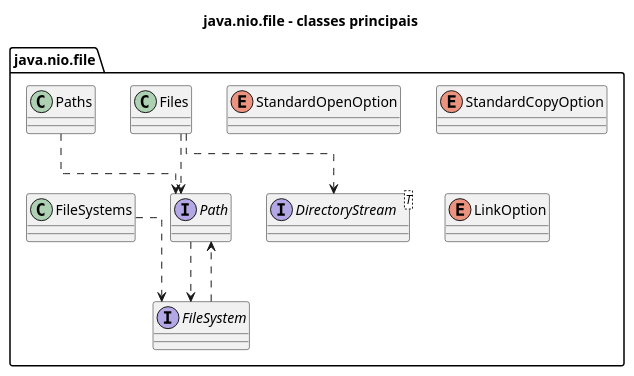
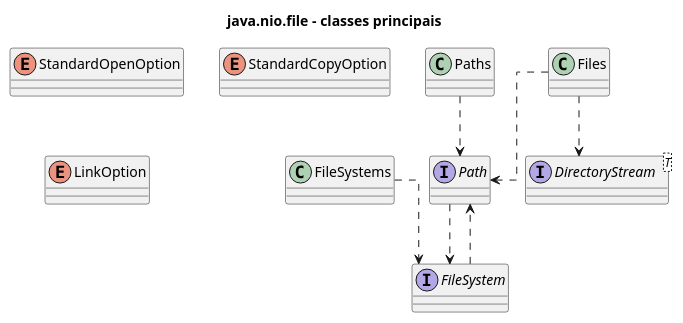
The diagram in subjects/poo/code/12-file-classes-java.nio.puml (fabriciosantana/idp-marp-slides), drawn with PlantUML before and after one commit. The commit also changed 2 other files, not shown here.

Commit message:
java.nio

```diff
--- a/subjects/poo/code/12-file-classes-java.nio.puml
+++ b/subjects/poo/code/12-file-classes-java.nio.puml
@@ -1,27 +1,25 @@
 @startuml
 title java.nio.file - classes principais
 
 skinparam classAttributeIconSize 0
 skinparam linetype ortho
 set separator none
 
-package "java.nio.file" {
-  interface Path
-  class Files
-  class Paths
-  class FileSystems
-  interface FileSystem
-  interface DirectoryStream<T>
-  enum StandardOpenOption
-  enum StandardCopyOption
-  enum LinkOption
-}
+interface Path
+class Files
+class Paths
+class FileSystems
+interface FileSystem
+interface DirectoryStream<T>
+enum StandardOpenOption
+enum StandardCopyOption
+enum LinkOption
 
 Paths ..> Path
 Files ..> Path
 FileSystems ..> FileSystem
 FileSystem ..> Path
 Files ..> DirectoryStream
 Path ..> FileSystem
 
 @enduml
```
